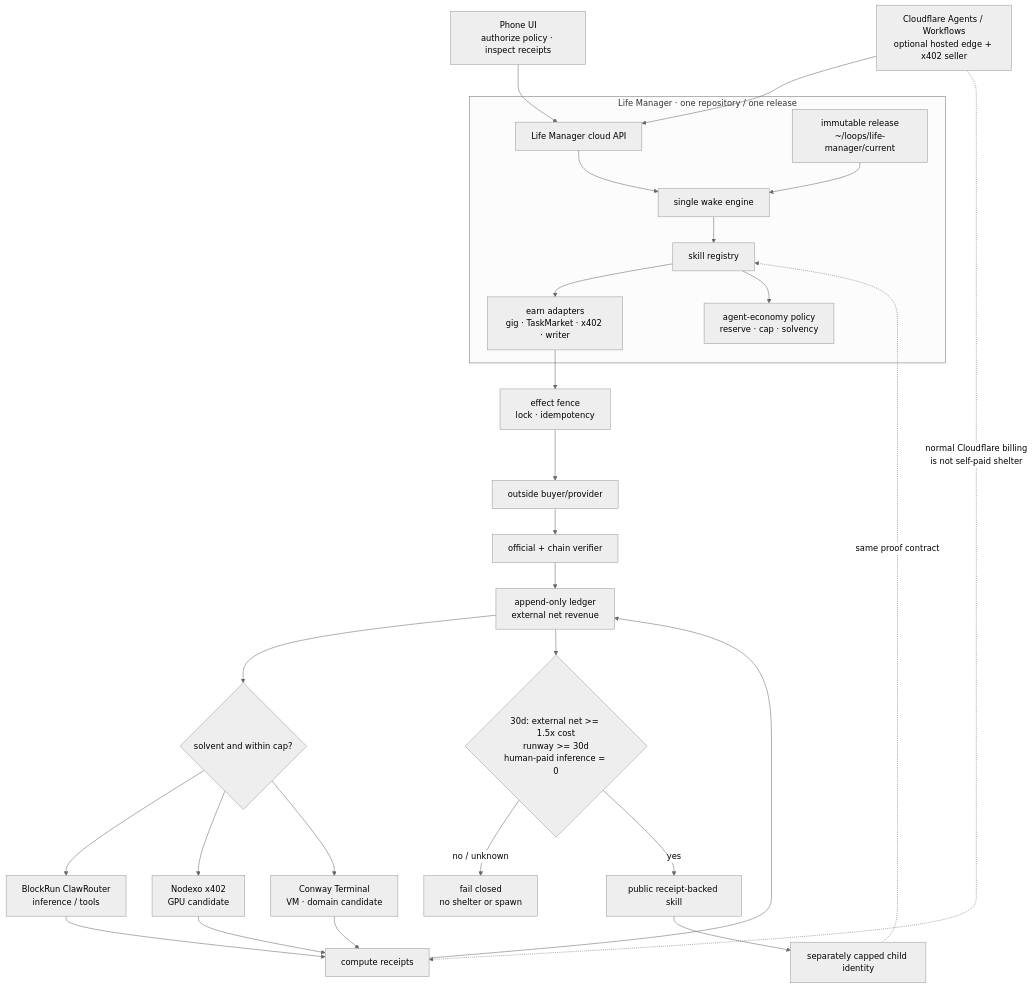
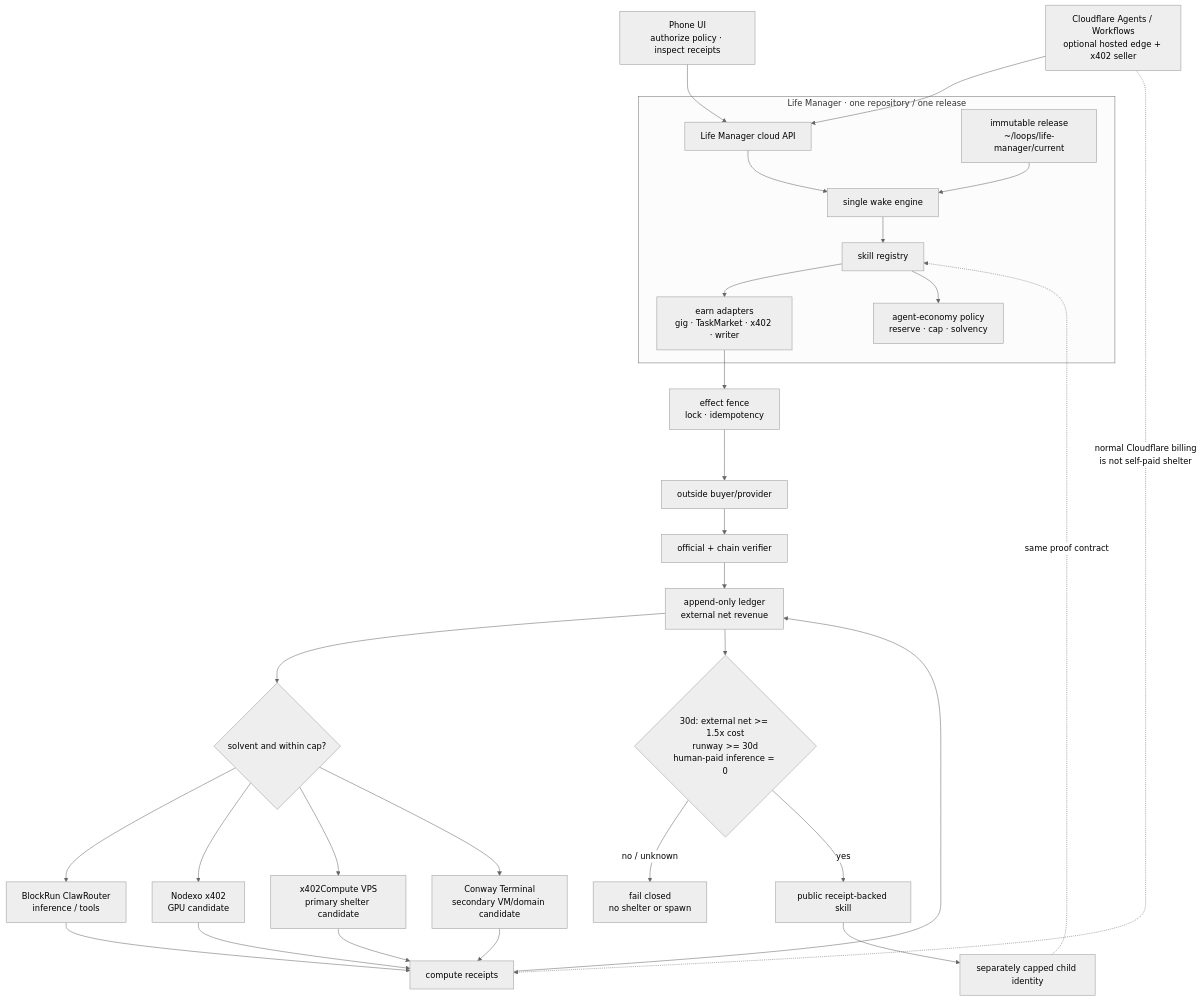
The diagram in docs/superpowers/specs/2026-08-21-agent-economy-design.md (Daisuke134/anicca), drawn with Mermaid (neutral theme) before and after one commit. The commit also changed other lines of this file, not shown here.

````diff
--- a/docs/superpowers/specs/2026-08-21-agent-economy-design.md
+++ b/docs/superpowers/specs/2026-08-21-agent-economy-design.md
@@ -130,35 +142,37 @@
 ```mermaid
 flowchart TB
   Phone["Phone UI<br/>authorize policy · inspect receipts"] --> API["Life Manager cloud API"]
 
   subgraph LM["Life Manager · one repository / one release"]
     Release["immutable release<br/>~/loops/life-manager/current"] --> Loop["single wake engine"]
     API --> Loop
     Loop --> Registry["skill registry"]
     Registry --> Earn["earn adapters<br/>gig · TaskMarket · x402 · writer"]
     Registry --> Policy["agent-economy policy<br/>reserve · cap · solvency"]
   end
 
   Earn --> Fence["effect fence<br/>lock · idempotency"]
   Fence --> Buyer["outside buyer/provider"]
   Buyer --> Verify["official + chain verifier"]
   Verify --> Ledger["append-only ledger<br/>external net revenue"]
 
   Ledger --> Gate{"solvent and within cap?"}
   Gate --> Food["BlockRun ClawRouter<br/>inference / tools"]
   Gate --> GPU["Nodexo x402<br/>GPU candidate"]
-  Gate --> Shelter["Conway Terminal<br/>VM · domain candidate"]
+  Gate --> Shelter["x402Compute VPS<br/>primary shelter candidate"]
+  Gate --> Conway["Conway Terminal<br/>secondary VM/domain candidate"]
   Food --> Costs["compute receipts"]
   GPU --> Costs
   Shelter --> Costs
+  Conway --> Costs
   Costs --> Ledger
 
   Ledger --> Graduate{"30d: external net >= 1.5x cost<br/>runway >= 30d<br/>human-paid inference = 0"}
   Graduate -->|no / unknown| Closed["fail closed<br/>no shelter or spawn"]
   Graduate -->|yes| Publish["public receipt-backed skill"]
   Publish --> Child["separately capped child identity"]
   Child -. same proof contract .-> Registry
 
   Edge["Cloudflare Agents / Workflows<br/>optional hosted edge + x402 seller"] --> API
   Edge -. normal Cloudflare billing<br/>is not self-paid shelter .-> Costs
 ```
````
